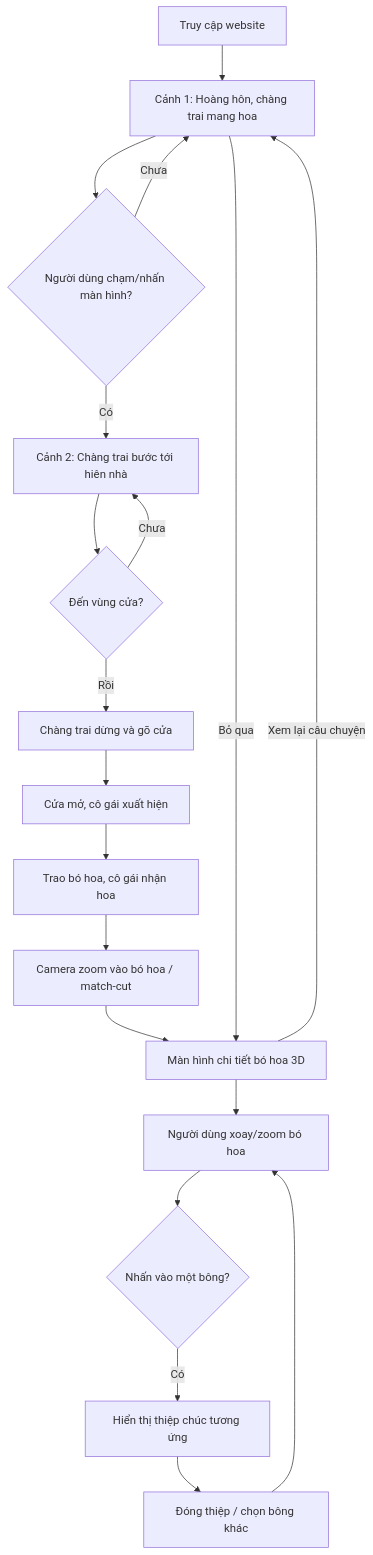
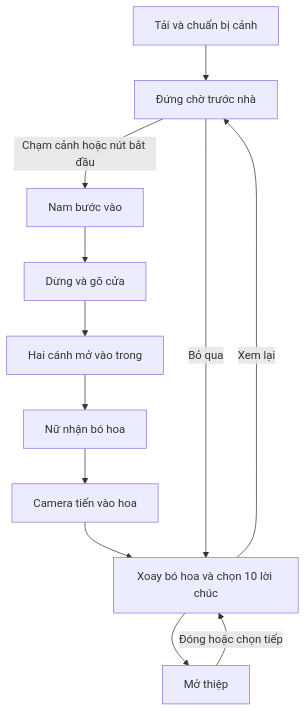
One commit to TienDungzz/Vietnamese-Womens-Day changed the diagram in ROSE_WISHES_20_10_SPEC.md. Above: the diagram before and after it, drawn with Mermaid. The commit also changed other lines of this file and 129 other files, not shown here.

````diff
--- a/ROSE_WISHES_20_10_SPEC.md
+++ b/ROSE_WISHES_20_10_SPEC.md
@@ -21,21 +29,14 @@
 ```mermaid
 flowchart TD
-    A[Truy cập website] --> B[Cảnh 1: Hoàng hôn, chàng trai mang hoa]
-    B --> T{Người dùng chạm/nhấn màn hình?}
-    T -- Có --> C[Cảnh 2: Chàng trai bước tới hiên nhà]
-    T -- Chưa --> B
-    C --> D{Đến vùng cửa?}
-    D -- Chưa --> C
-    D -- Rồi --> E[Chàng trai dừng và gõ cửa]
-    E --> F[Cửa mở, cô gái xuất hiện]
-    F --> G[Trao bó hoa, cô gái nhận hoa]
-    G --> H[Camera zoom vào bó hoa / match-cut]
-    H --> I[Màn hình chi tiết bó hoa 3D]
-    I --> J[Người dùng xoay/zoom bó hoa]
-    J --> K{Nhấn vào một bông?}
-    K -- Có --> L[Hiển thị thiệp chúc tương ứng]
-    L --> M[Đóng thiệp / chọn bông khác]
-    M --> J
-    B -->|Bỏ qua| I
-    I -->|Xem lại câu chuyện| B
+    A[Tải và chuẩn bị cảnh] --> B[Đứng chờ trước nhà]
+    B -->|Chạm cảnh hoặc nút bắt đầu| C[Nam bước vào]
+    C --> D[Dừng và gõ cửa]
+    D --> E[Hai cánh mở vào trong]
+    E --> F[Nữ nhận bó hoa]
+    F --> G[Camera tiến vào hoa]
+    G --> H[Xoay bó hoa và chọn 10 lời chúc]
+    B -->|Bỏ qua| H
+    H -->|Xem lại| B
+    H --> I[Mở thiệp]
+    I -->|Đóng hoặc chọn tiếp| H
 ```
````
